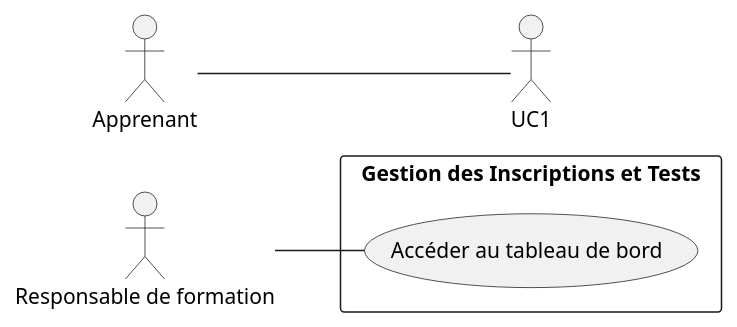
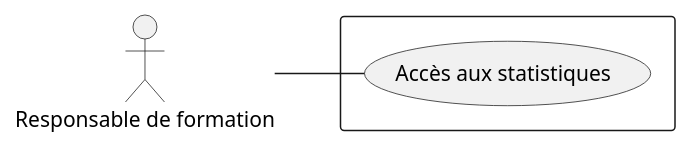
One commit to samiaBoug/Soli_LMS_Test_Inscription changed the diagram in Branche_fonctionelle/Analyse/use_case_sprint1.puml. Above: the diagram before and after it, drawn with PlantUML. The commit also changed 2 other files, not shown here.

```diff
--- a/Branche_fonctionelle/Analyse/use_case_sprint1.puml
+++ b/Branche_fonctionelle/Analyse/use_case_sprint1.puml
@@ -1,15 +1,14 @@
 @startuml
 left to right direction
 
 actor "Responsable de formation" as Admin
-actor "Apprenant" as Apprenant
 
-rectangle "Gestion des Inscriptions et Tests" {
-  usecase "Accéder au tableau de bord" as UC2
+rectangle  {
+  usecase "Accès aux statistiques" as UC2
 
 }
 
 Admin -- UC2 
-Apprenant -- UC1
+
 
 @enduml
```
